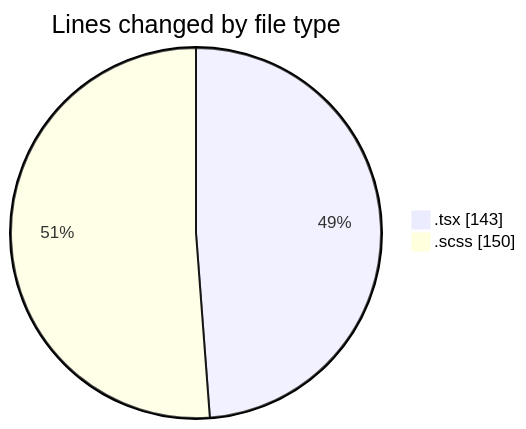
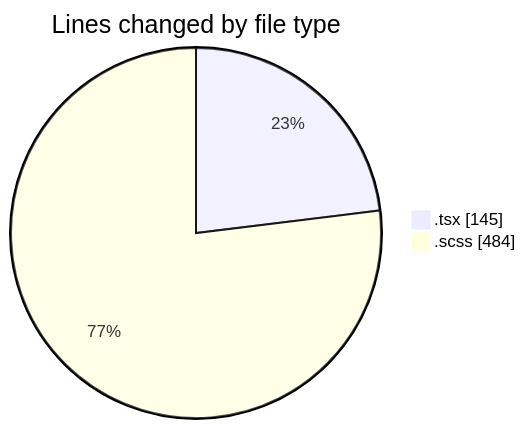
One commit to momahboobian/code-tracking changed the first of 2 diagrams in 2025-03-27/cda/README.md. Above: the diagram before and after it, drawn with Mermaid. The commit also changed other lines of this file and 1 other file, not shown here.

````diff
--- a/2025-03-27/cda/README.md
+++ b/2025-03-27/cda/README.md
@@ -21,6 +21,6 @@
 ```mermaid
 pie showData
 title Lines changed by file type
-".tsx" : 143
-".scss" : 150
+".tsx" : 145
+".scss" : 484
 ```
````
